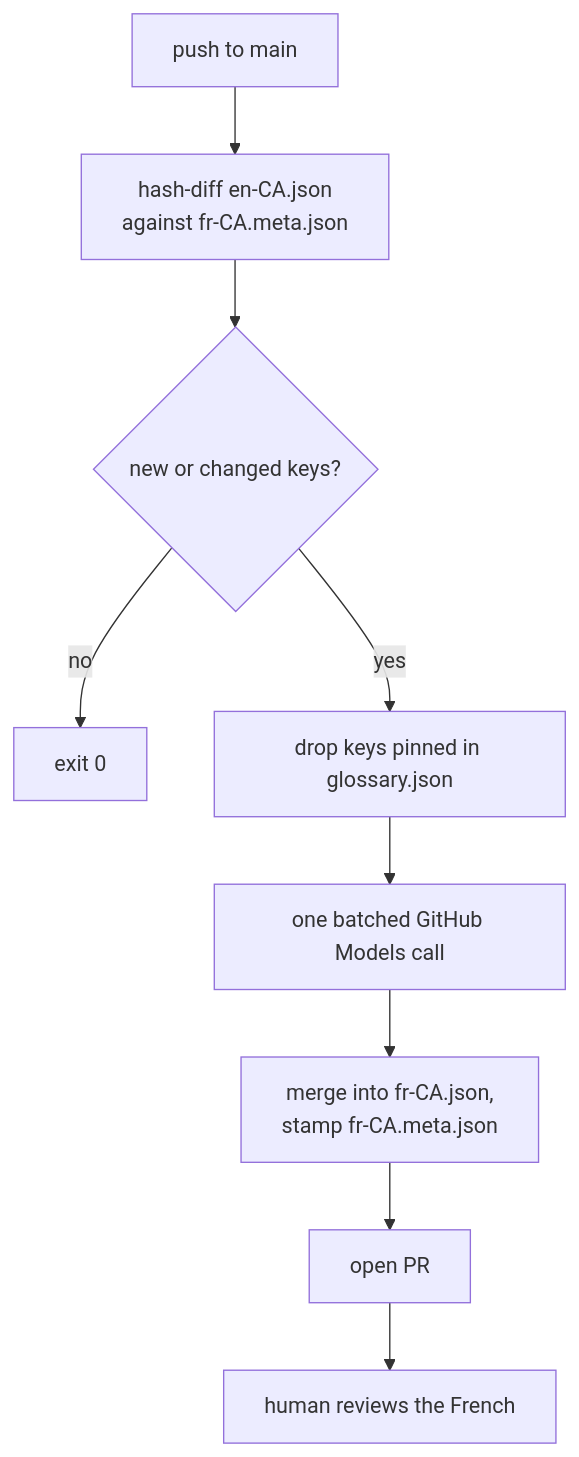
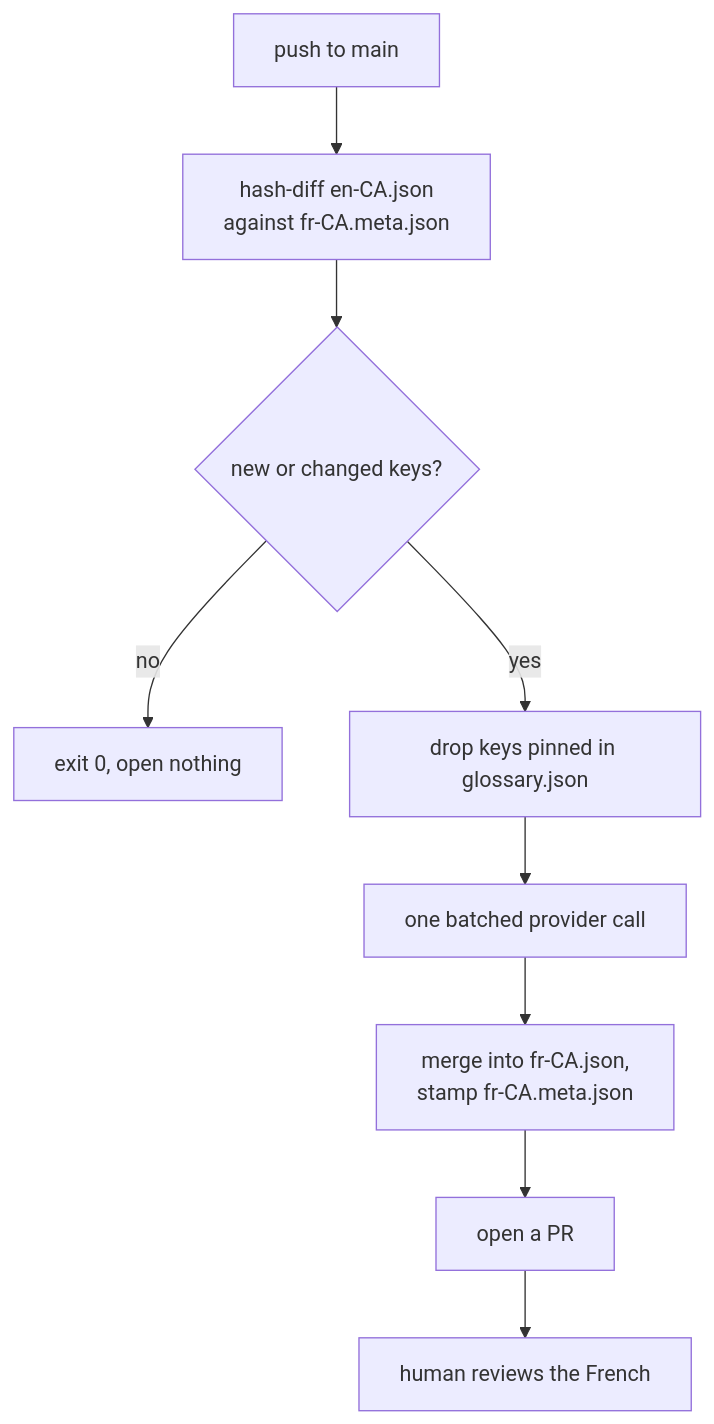
One commit to HPAC-Safety/safety-report changed the second of 3 diagrams in docs/localization.md. Above: the diagram before and after it, drawn with Mermaid. The commit also changed other lines of this file and 16 other files, not shown here.

````diff
--- a/docs/localization.md
+++ b/docs/localization.md
@@ -88,11 +89,11 @@
 ```mermaid
 flowchart TD
     A["push to main"] --> B["hash-diff en-CA.json<br/>against fr-CA.meta.json"]
     B --> C{"new or changed keys?"}
-    C -->|no| D["exit 0"]
+    C -->|no| D["exit 0, open nothing"]
     C -->|yes| E["drop keys pinned in glossary.json"]
-    E --> F["one batched GitHub Models call"]
+    E --> F["one batched provider call"]
     F --> G["merge into fr-CA.json,<br/>stamp fr-CA.meta.json"]
-    G --> H["open PR"]
+    G --> H["open a PR"]
     H --> I["human reviews the French"]
 ```
````
